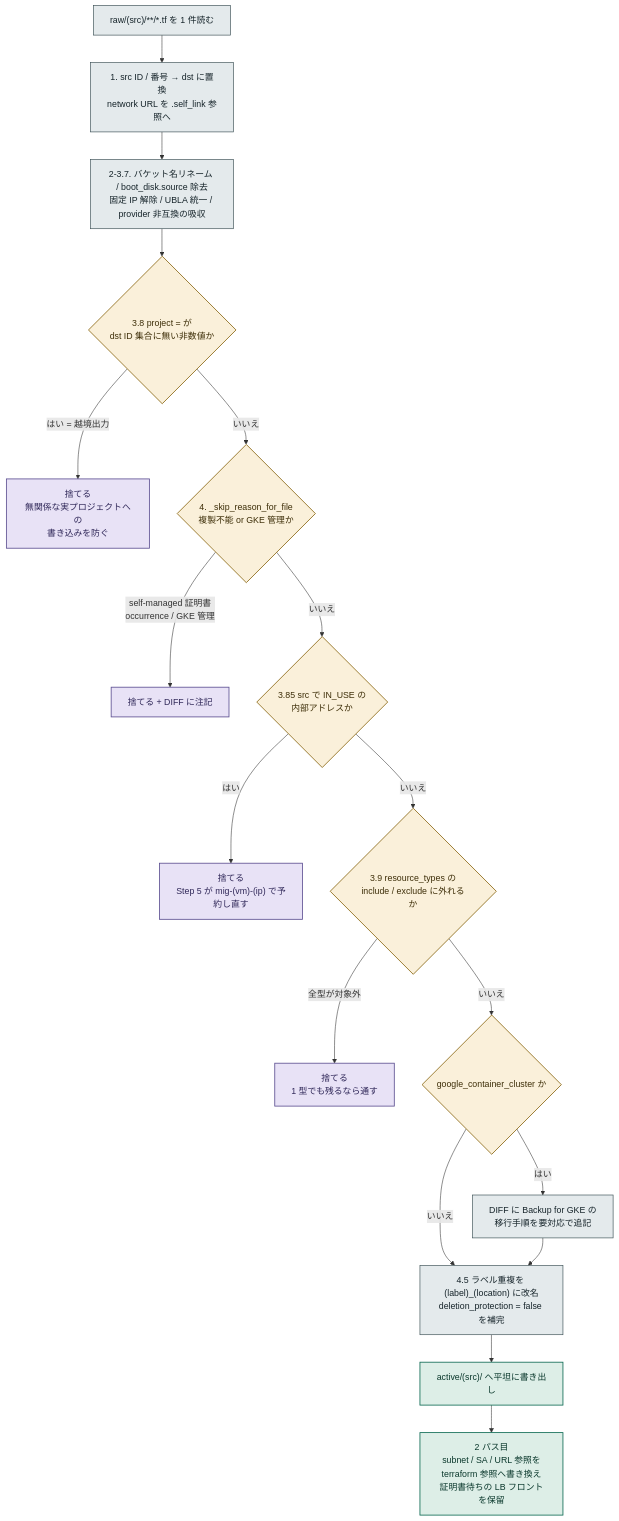
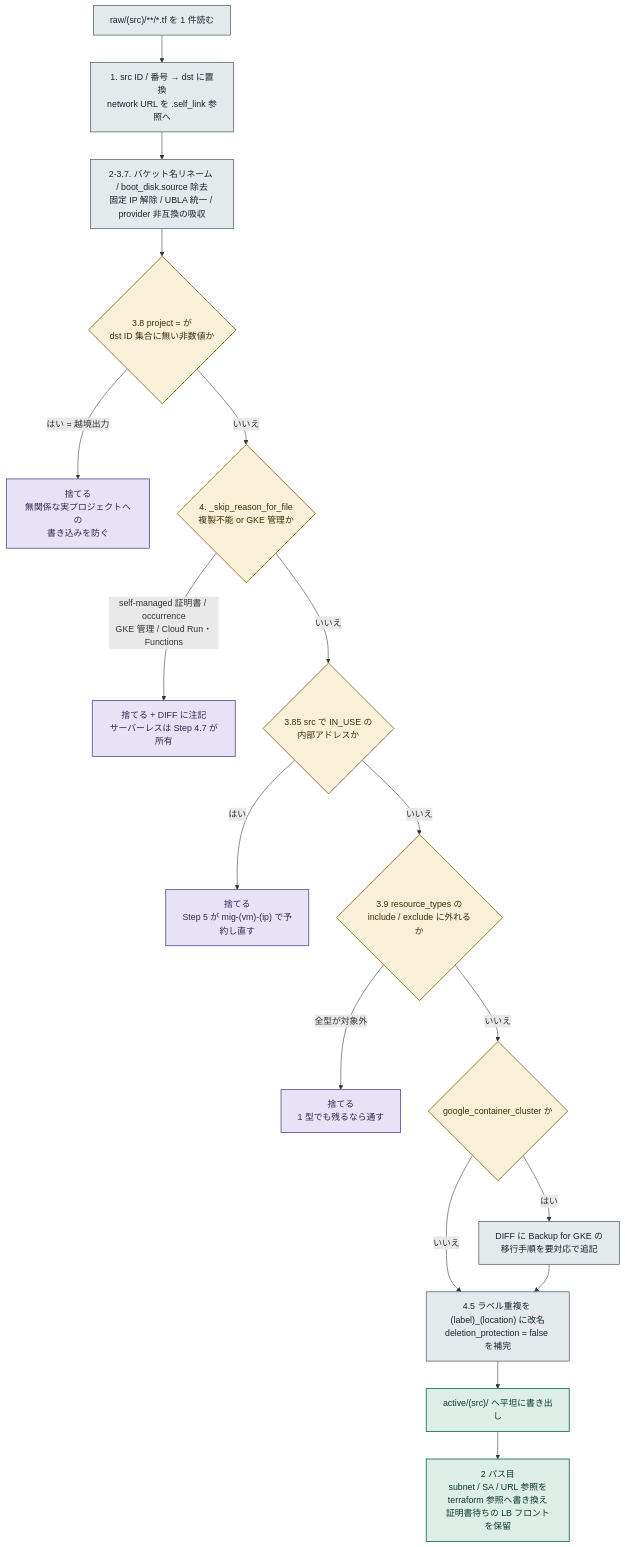
One commit to shin5ok/gcp-copy-allenv changed the third of 7 diagrams in architecture/sync-env-flow.md. Above: the diagram before and after it, drawn with Mermaid. The commit also changed other lines of this file and 8 other files, not shown here.

````diff
--- a/architecture/sync-env-flow.md
+++ b/architecture/sync-env-flow.md
@@ -124,29 +125,29 @@
 ```mermaid
 %%{init: {"theme":"base","themeVariables":{"fontFamily":"ui-monospace, Menlo, Consolas, 'Hiragino Kaku Gothic ProN', 'Yu Gothic', sans-serif","fontSize":"13px","lineColor":"#7C8D92","textColor":"#16242A","edgeLabelBackground":"#EDF1F1"}}}%%
 flowchart TD
   F["raw/(src)/**/*.tf を 1 件読む"] --> R1["1. src ID / 番号 → dst に置換<br/>network URL を .self_link 参照へ"]
   R1 --> R2["2-3.7. バケット名リネーム / boot_disk.source 除去<br/>固定 IP 解除 / UBLA 統一 / provider 非互換の吸収"]
   R2 --> D1{"3.8 project = が<br/>dst ID 集合に無い非数値か"}
   D1 -->|"はい = 越境出力"| K1["捨てる<br/>無関係な実プロジェクトへの<br/>書き込みを防ぐ"]
   D1 -->|"いいえ"| D2{"4. _skip_reason_for_file<br/>複製不能 or GKE 管理か"}
-  D2 -->|"self-managed 証明書<br/>occurrence / GKE 管理"| K2["捨てる + DIFF に注記"]
+  D2 -->|"self-managed 証明書 / occurrence<br/>GKE 管理 / Cloud Run・Functions"| K2["捨てる + DIFF に注記<br/>サーバーレスは Step 4.7 が所有"]
   D2 -->|"いいえ"| D3{"3.85 src で IN_USE の<br/>内部アドレスか"}
   D3 -->|"はい"| K3["捨てる<br/>Step 5 が mig-(vm)-(ip) で予約し直す"]
   D3 -->|"いいえ"| D4{"3.9 resource_types の<br/>include / exclude に外れるか"}
   D4 -->|"全型が対象外"| K4["捨てる<br/>1 型でも残るなら通す"]
   D4 -->|"いいえ"| D5{"google_container_cluster か"}
   D5 -->|"はい"| N1["DIFF に Backup for GKE の<br/>移行手順を要対応で追記"]
   D5 -->|"いいえ"| R3["4.5 ラベル重複を (label)_(location) に改名<br/>deletion_protection = false を補完"]
   N1 --> R3
   R3 --> W["active/(src)/ へ平坦に書き出し"]
   W --> P2["2 パス目<br/>subnet / SA / URL 参照を<br/>terraform 参照へ書き換え<br/>証明書待ちの LB フロントを保留"]
 
   classDef gate fill:#FAF0DA,stroke:#8A6612,stroke-width:1.5px,color:#3D2E08;
   classDef skip fill:#E8E2F6,stroke:#5C4F91,stroke-width:1.5px,color:#2F2758;
   classDef pass fill:#DDEEE7,stroke:#0D6A53,stroke-width:1.5px,color:#0A382C;
   classDef step fill:#E4EAEC,stroke:#3E5257,stroke-width:1.2px,color:#16242A;
   class D1,D2,D3,D4,D5 gate;
   class K1,K2,K3,K4 skip;
   class W,P2 pass;
   class F,R1,R2,R3,N1 step;
 ```
````
